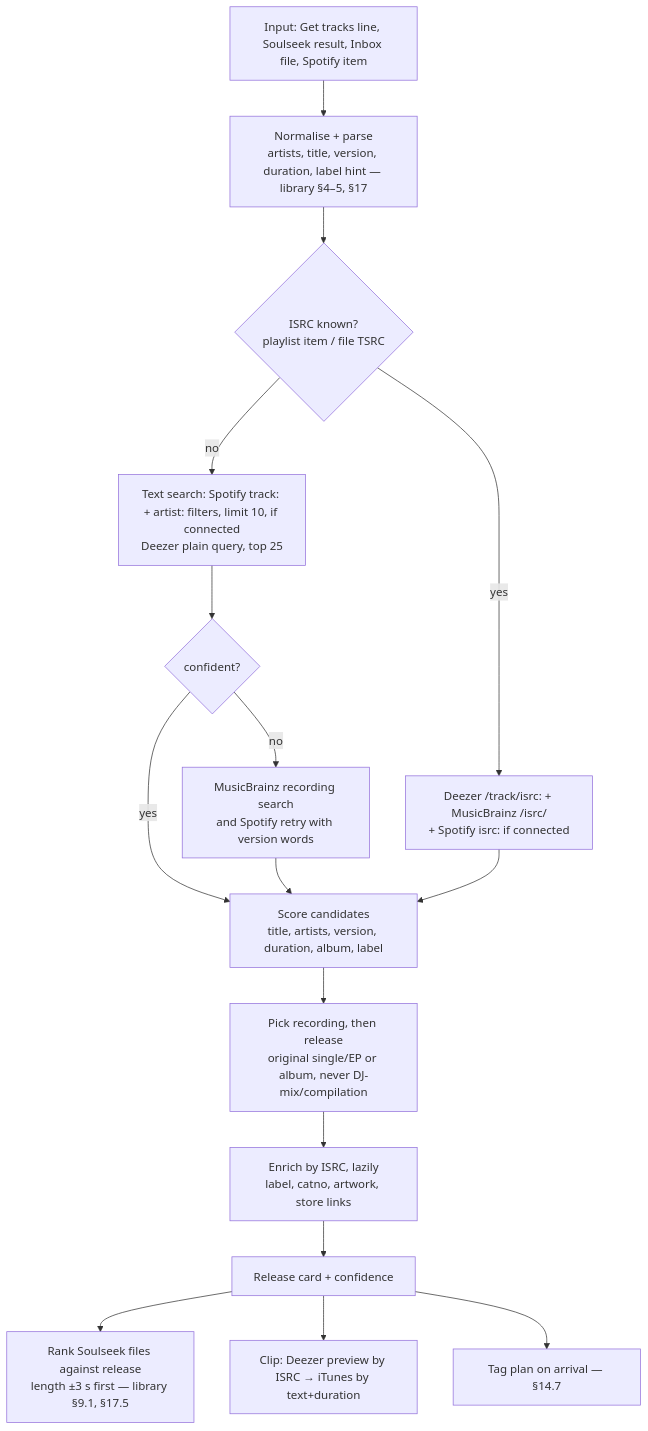
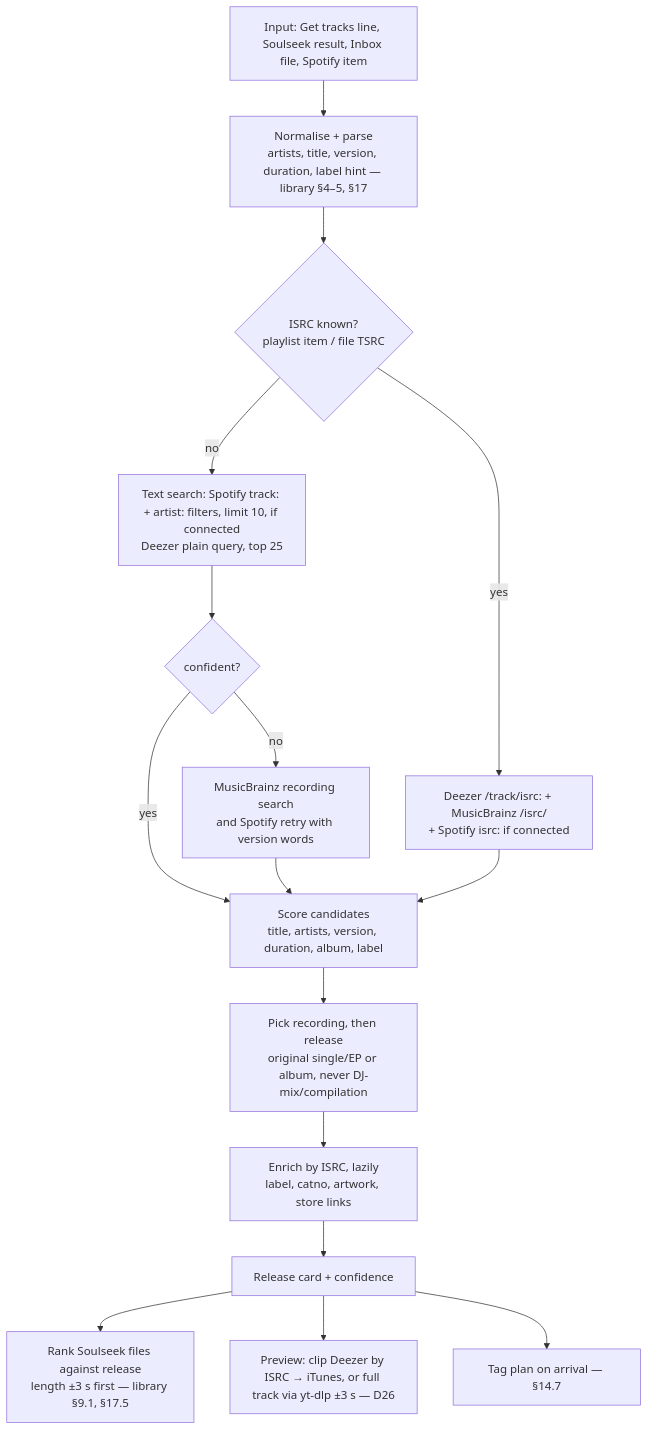
One commit to usr-ein/selecta changed the second of 2 diagrams in references/metadata-and-preview-services.md. Above: the diagram before and after it, drawn with Mermaid. The commit also changed other lines of this file, not shown here.

Commit message:
references: metadata-and-preview-services — implications updated: module design, budgets, TTLs, tag policies, privacy, risk, defaults, questions, experiments

````diff
--- a/references/metadata-and-preview-services.md
+++ b/references/metadata-and-preview-services.md
@@ -1084,18 +1120,18 @@
 ```mermaid
 flowchart TD
   A[Input: Get tracks line, Soulseek result, Inbox file, Spotify item] --> B[Normalise + parse<br/>artists, title, version, duration, label hint — library §4–5, §17]
   B --> C{ISRC known?<br/>playlist item / file TSRC}
   C -- yes --> D["Deezer /track/isrc: + MusicBrainz /isrc/<br/>+ Spotify isrc: if connected"]
   C -- no --> E["Text search: Spotify track: + artist: filters, limit 10, if connected<br/>Deezer plain query, top 25"]
   E --> F{confident?}
   F -- no --> G["MusicBrainz recording search<br/>and Spotify retry with version words"]
   F -- yes --> H
   G --> H[Score candidates<br/>title, artists, version, duration, album, label]
   D --> H
   H --> I[Pick recording, then release<br/>original single/EP or album, never DJ-mix/compilation]
   I --> J[Enrich by ISRC, lazily<br/>label, catno, artwork, store links]
   J --> K[Release card + confidence]
   K --> L[Rank Soulseek files against release<br/>length ±3 s first — library §9.1, §17.5]
-  K --> M[Clip: Deezer preview by ISRC → iTunes by text+duration]
+  K --> M[Preview: clip Deezer by ISRC → iTunes, or full track via yt-dlp ±3 s — D26]
   K --> N[Tag plan on arrival — §14.7]
 ```
````
